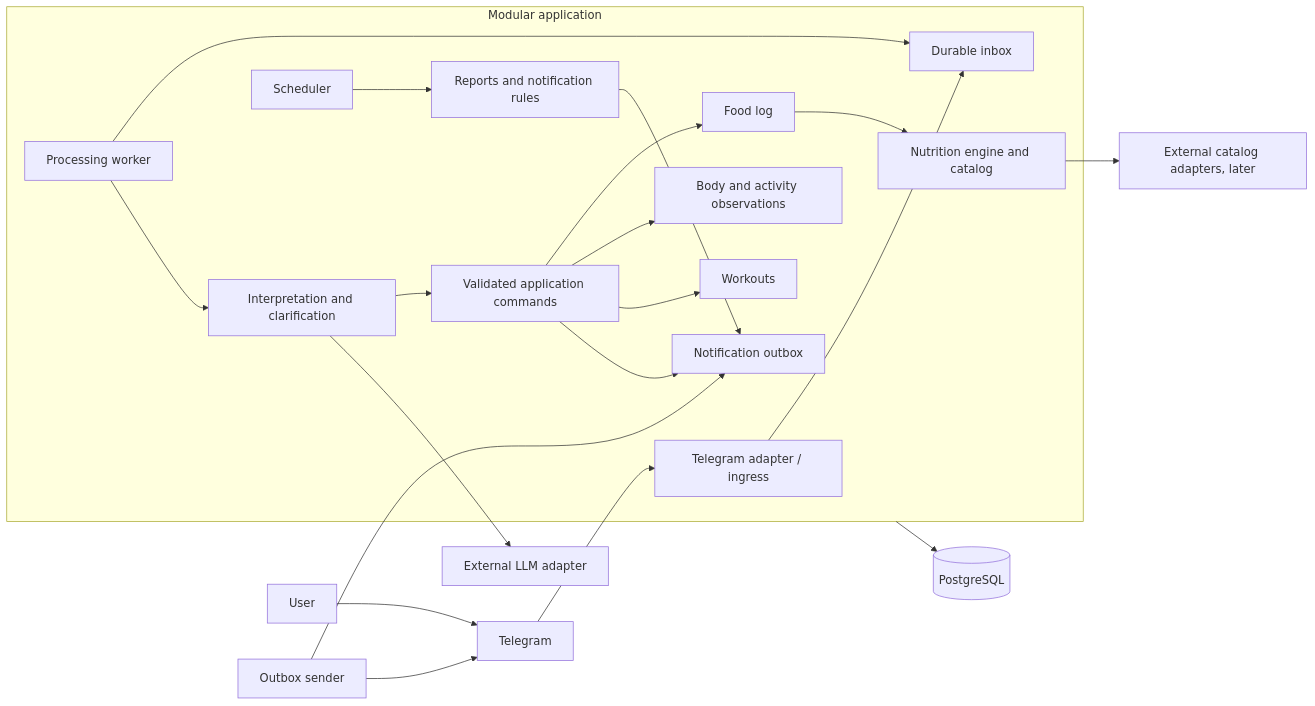
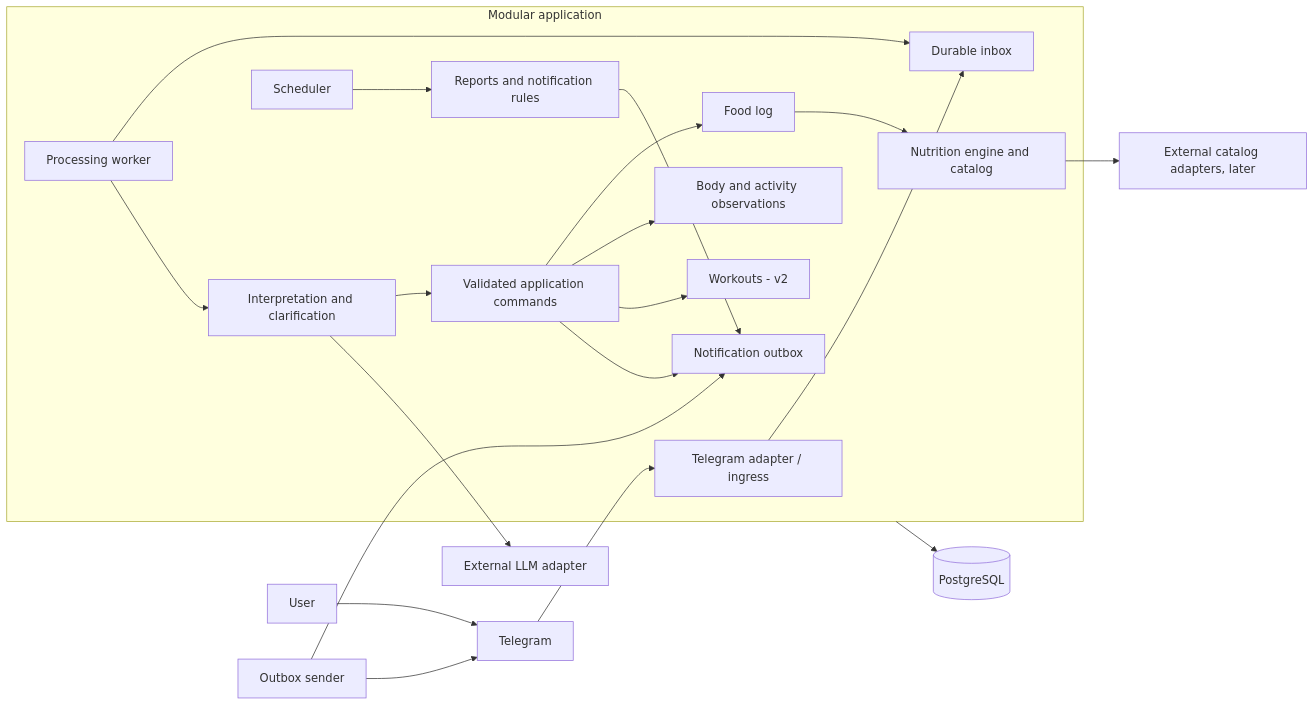
The second of 2 diagrams in docs/architecture-plan.md (zbsmirnova/nutrition_assistant), drawn with Mermaid before and after one commit. The commit also changed other lines of this file and 47 other files, not shown here.

````diff
--- a/docs/architecture-plan.md
+++ b/docs/architecture-plan.md
@@ -67,23 +66,23 @@
 ```mermaid
 flowchart LR
     Person[User] --> Telegram[Telegram]
     Telegram --> Ingress[Telegram adapter / ingress]
     subgraph App[Modular application]
         Ingress --> Inbox[Durable inbox]
         Worker[Processing worker] --> Inbox
         Worker --> Interpretation[Interpretation and clarification]
         Interpretation --> Commands[Validated application commands]
         Commands --> Food[Food log]
         Commands --> Observations[Body and activity observations]
-        Commands --> Workouts[Workouts]
+        Commands --> Workouts[Workouts - v2]
         Food --> Nutrition[Nutrition engine and catalog]
         Scheduler[Scheduler] --> Reports[Reports and notification rules]
         Commands --> Outbox[Notification outbox]
         Reports --> Outbox
     end
     Interpretation --> Provider[External LLM adapter]
     Nutrition --> Sources[External catalog adapters, later]
     App --> DB[(PostgreSQL)]
     Sender[Outbox sender] --> Outbox
     Sender --> Telegram
 ```
````
